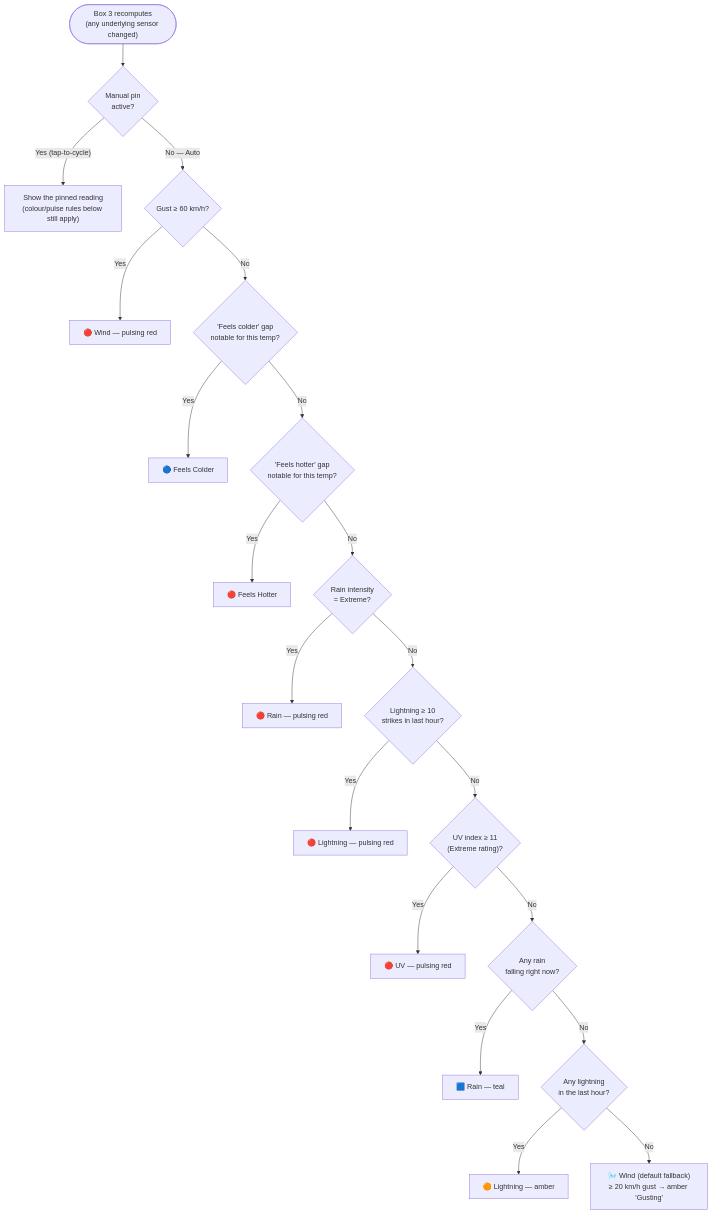
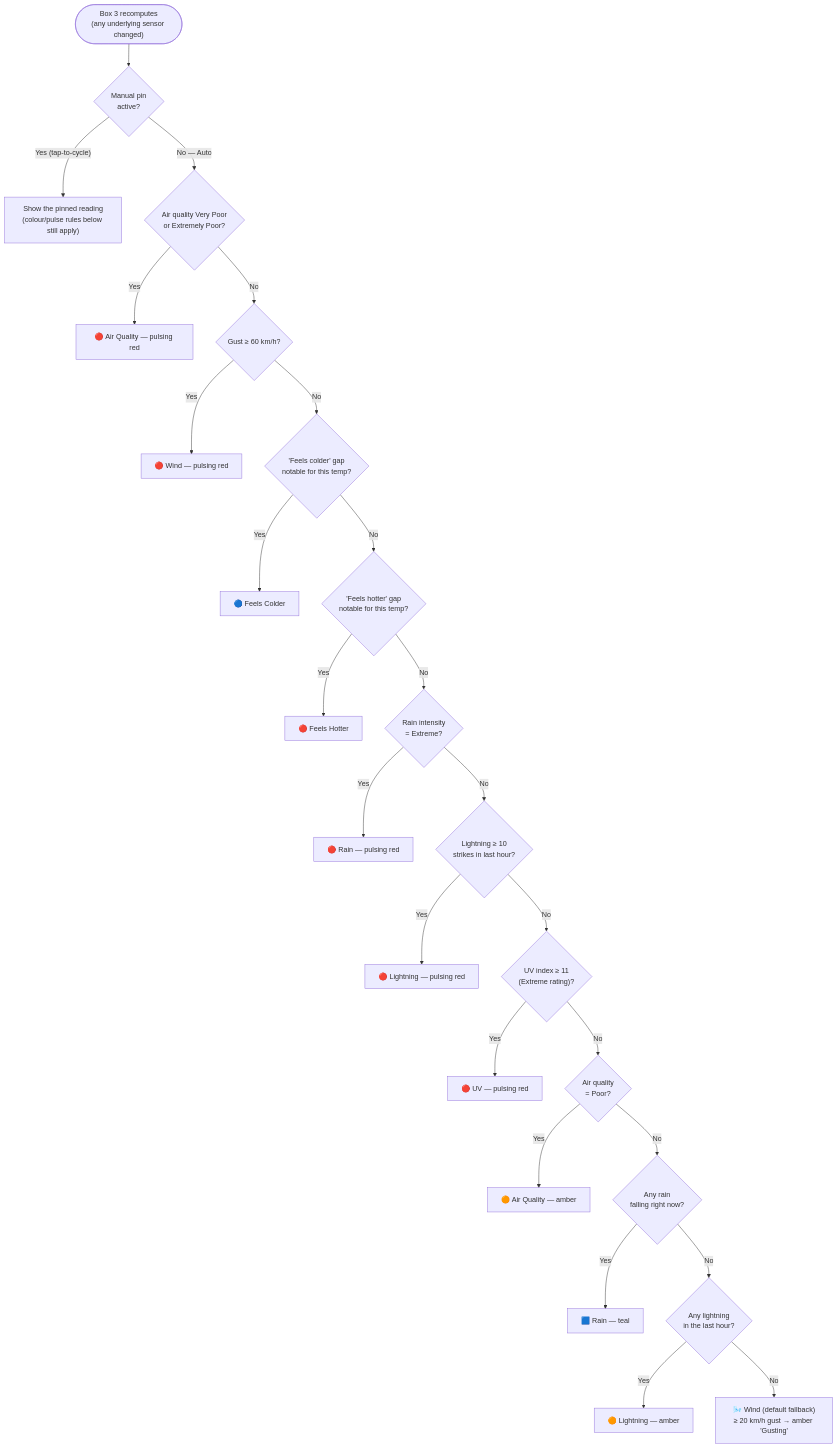
Before and after one commit to Vatoe/ha-weatherflow-bom-weathercard: the diagram in docs/box3-guide.md, drawn with Mermaid. The commit also changed other lines of this file and 13 other files, not shown here.

First line of the commit message:
Add Air Quality feature (NSW), sync temp graph docs, refresh screenshots

````diff
--- a/docs/box3-guide.md
+++ b/docs/box3-guide.md
@@ -11,22 +11,26 @@
 ```mermaid
 flowchart TD
     Start(["Box 3 recomputes<br/>(any underlying sensor changed)"]) --> Manual{"Manual pin<br/>active?"}
     Manual -->|"Yes (tap-to-cycle)"| ShowManual["Show the pinned reading<br/>(colour/pulse rules below still apply)"]
-    Manual -->|"No — Auto"| P1{"Gust ≥ 60 km/h?"}
-    P1 -->|Yes| Wind["🔴 Wind — pulsing red"]
-    P1 -->|No| P2{"'Feels colder' gap<br/>notable for this temp?"}
-    P2 -->|Yes| Cold["🔵 Feels Colder"]
-    P2 -->|No| P3{"'Feels hotter' gap<br/>notable for this temp?"}
-    P3 -->|Yes| Hot["🔴 Feels Hotter"]
-    P3 -->|No| P4{"Rain intensity<br/>= Extreme?"}
-    P4 -->|Yes| RainExt["🔴 Rain — pulsing red"]
-    P4 -->|No| P5{"Lightning ≥ 10<br/>strikes in last hour?"}
-    P5 -->|Yes| LightExt["🔴 Lightning — pulsing red"]
-    P5 -->|No| P6{"UV index ≥ 11<br/>(Extreme rating)?"}
-    P6 -->|Yes| UvExt["🔴 UV — pulsing red"]
-    P6 -->|No| P7{"Any rain<br/>falling right now?"}
-    P7 -->|Yes| RainAct["🟦 Rain — teal"]
-    P7 -->|No| P8{"Any lightning<br/>in the last hour?"}
-    P8 -->|Yes| LightAct["🟠 Lightning — amber"]
-    P8 -->|No| WindDefault["🌬️ Wind (default fallback)<br/>≥ 20 km/h gust → amber 'Gusting'"]
+    Manual -->|"No — Auto"| P1{"Air quality Very Poor<br/>or Extremely Poor?"}
+    P1 -->|Yes| AqiSevere["🔴 Air Quality — pulsing red"]
+    P1 -->|No| P2{"Gust ≥ 60 km/h?"}
+    P2 -->|Yes| Wind["🔴 Wind — pulsing red"]
+    P2 -->|No| P3{"'Feels colder' gap<br/>notable for this temp?"}
+    P3 -->|Yes| Cold["🔵 Feels Colder"]
+    P3 -->|No| P4{"'Feels hotter' gap<br/>notable for this temp?"}
+    P4 -->|Yes| Hot["🔴 Feels Hotter"]
+    P4 -->|No| P5{"Rain intensity<br/>= Extreme?"}
+    P5 -->|Yes| RainExt["🔴 Rain — pulsing red"]
+    P5 -->|No| P6{"Lightning ≥ 10<br/>strikes in last hour?"}
+    P6 -->|Yes| LightExt["🔴 Lightning — pulsing red"]
+    P6 -->|No| P7{"UV index ≥ 11<br/>(Extreme rating)?"}
+    P7 -->|Yes| UvExt["🔴 UV — pulsing red"]
+    P7 -->|No| P8{"Air quality<br/>= Poor?"}
+    P8 -->|Yes| AqiPoor["🟠 Air Quality — amber"]
+    P8 -->|No| P9{"Any rain<br/>falling right now?"}
+    P9 -->|Yes| RainAct["🟦 Rain — teal"]
+    P9 -->|No| P10{"Any lightning<br/>in the last hour?"}
+    P10 -->|Yes| LightAct["🟠 Lightning — amber"]
+    P10 -->|No| WindDefault["🌬️ Wind (default fallback)<br/>≥ 20 km/h gust → amber 'Gusting'"]
 ```
````
